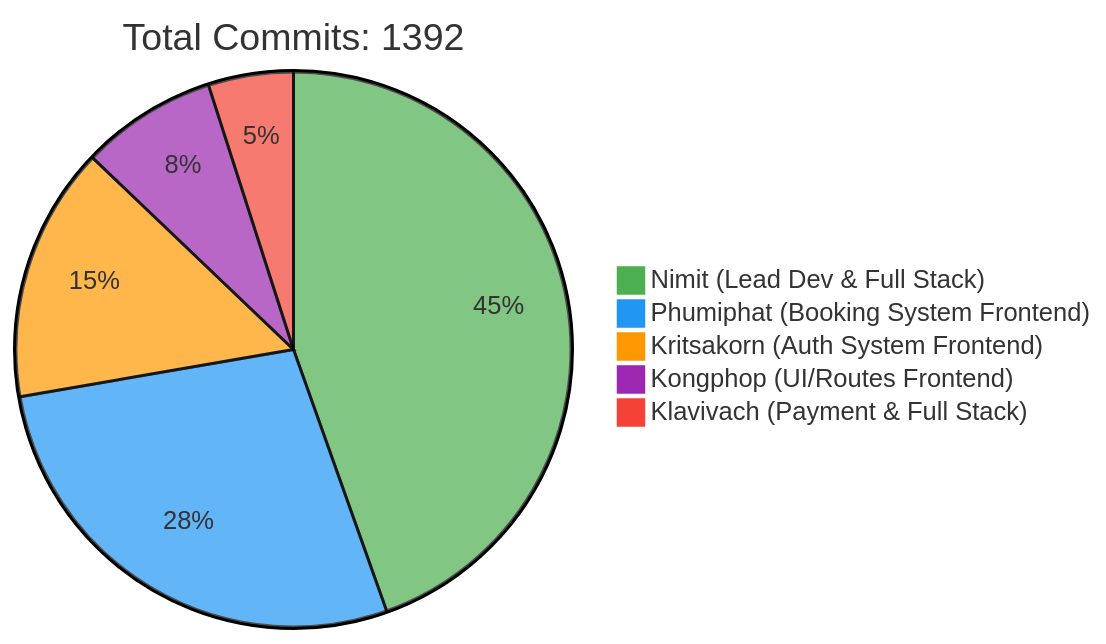
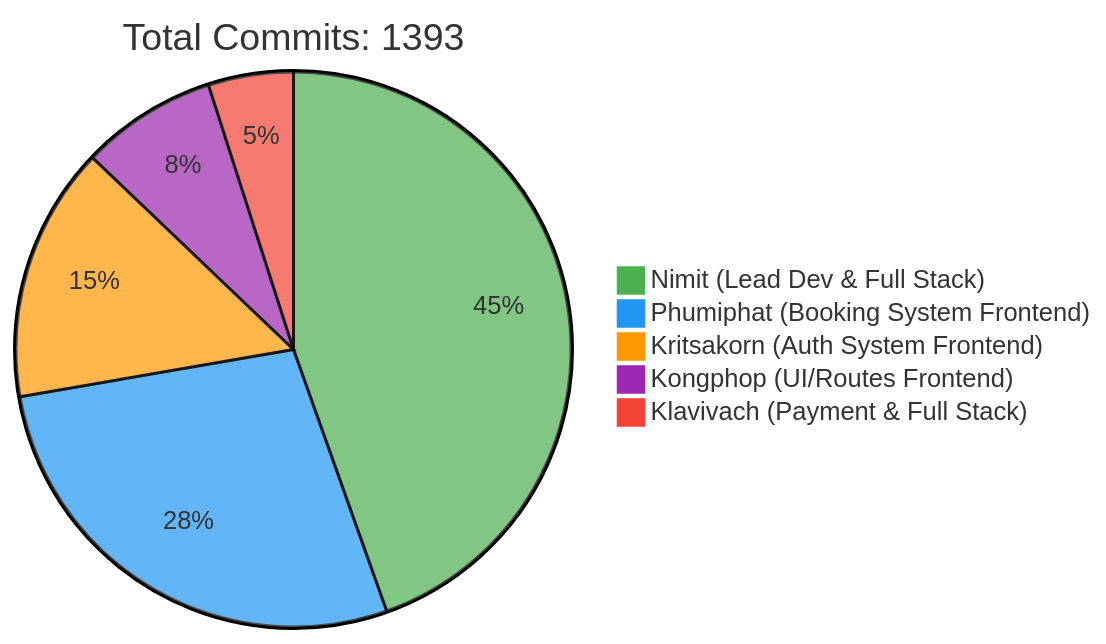
Before and after one commit to 6531503042/Sport-Complex: the first of 2 diagrams in README.md, drawn with Mermaid. The commit also changed other lines of this file, not shown here.

Commit message:
docs: Update contributor statistics [skip ci]

````diff
--- a/README.md
+++ b/README.md
@@ -257,10 +257,10 @@
 ```mermaid
 %%{init: {'theme': 'base', 'themeVariables': { 'pie1': '#4CAF50', 'pie2': '#2196F3', 'pie3': '#FF9800', 'pie4': '#9C27B0', 'pie5': '#F44336'}}}%%
 pie
-    title Total Commits: 1392
+    title Total Commits: 1393
     "Nimit (Lead Dev & Full Stack)" : 450
     "Phumiphat (Booking System Frontend)" : 280
     "Kritsakorn (Auth System Frontend)" : 150
     "Kongphop (UI/Routes Frontend)" : 80
     "Klavivach (Payment & Full Stack)" : 50
 ```
````
